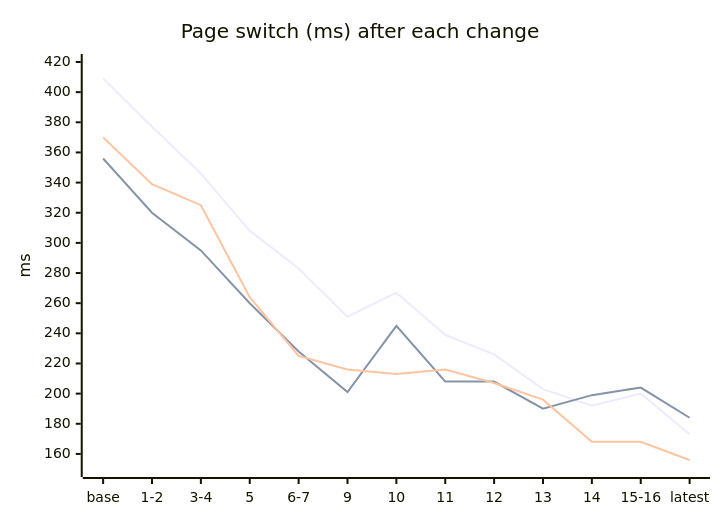
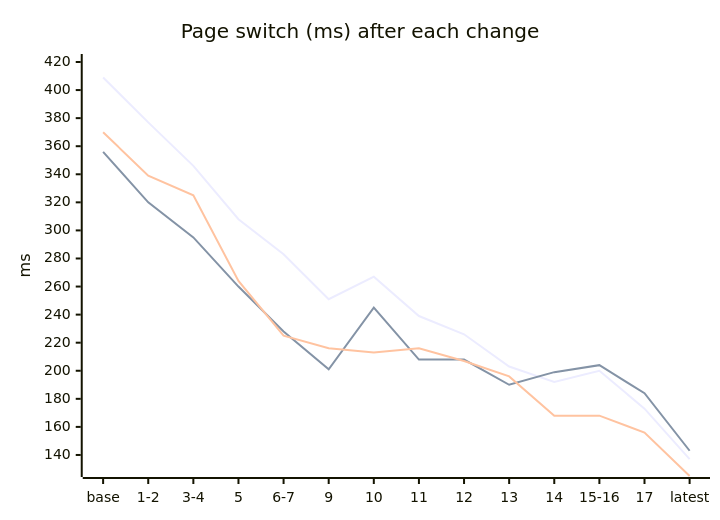
Before and after one commit to DinosaursAreCute/DinosAmazingBashTui: the second of 6 diagrams in docs/design/performance-journey.md, drawn with Mermaid. The commit also changed other lines of this file and 66 other files, not shown here.

````diff
--- a/docs/design/performance-journey.md
+++ b/docs/design/performance-journey.md
@@ -40,9 +40,9 @@
 ```mermaid
 xychart-beta
     title "Page switch (ms) after each change"
-    x-axis ["base", "1-2", "3-4", "5", "6-7", "9", "10", "11", "12", "13", "14", "15-16", "latest"]
-    y-axis "ms" 150 --> 420
-    line [409, 377, 346, 308, 283, 251, 267, 239, 226, 203, 192, 200, 173]
-    line [356, 320, 295, 260, 228, 201, 245, 208, 208, 190, 199, 204, 184]
-    line [370, 339, 325, 264, 225, 216, 213, 216, 207, 196, 168, 168, 156]
+    x-axis ["base", "1-2", "3-4", "5", "6-7", "9", "10", "11", "12", "13", "14", "15-16", "17", "latest"]
+    y-axis "ms" 130 --> 420
+    line [409, 377, 346, 308, 283, 251, 267, 239, 226, 203, 192, 200, 173, 137]
+    line [356, 320, 295, 260, 228, 201, 245, 208, 208, 190, 199, 204, 184, 143]
+    line [370, 339, 325, 264, 225, 216, 213, 216, 207, 196, 168, 168, 156, 125]
 ```
````
